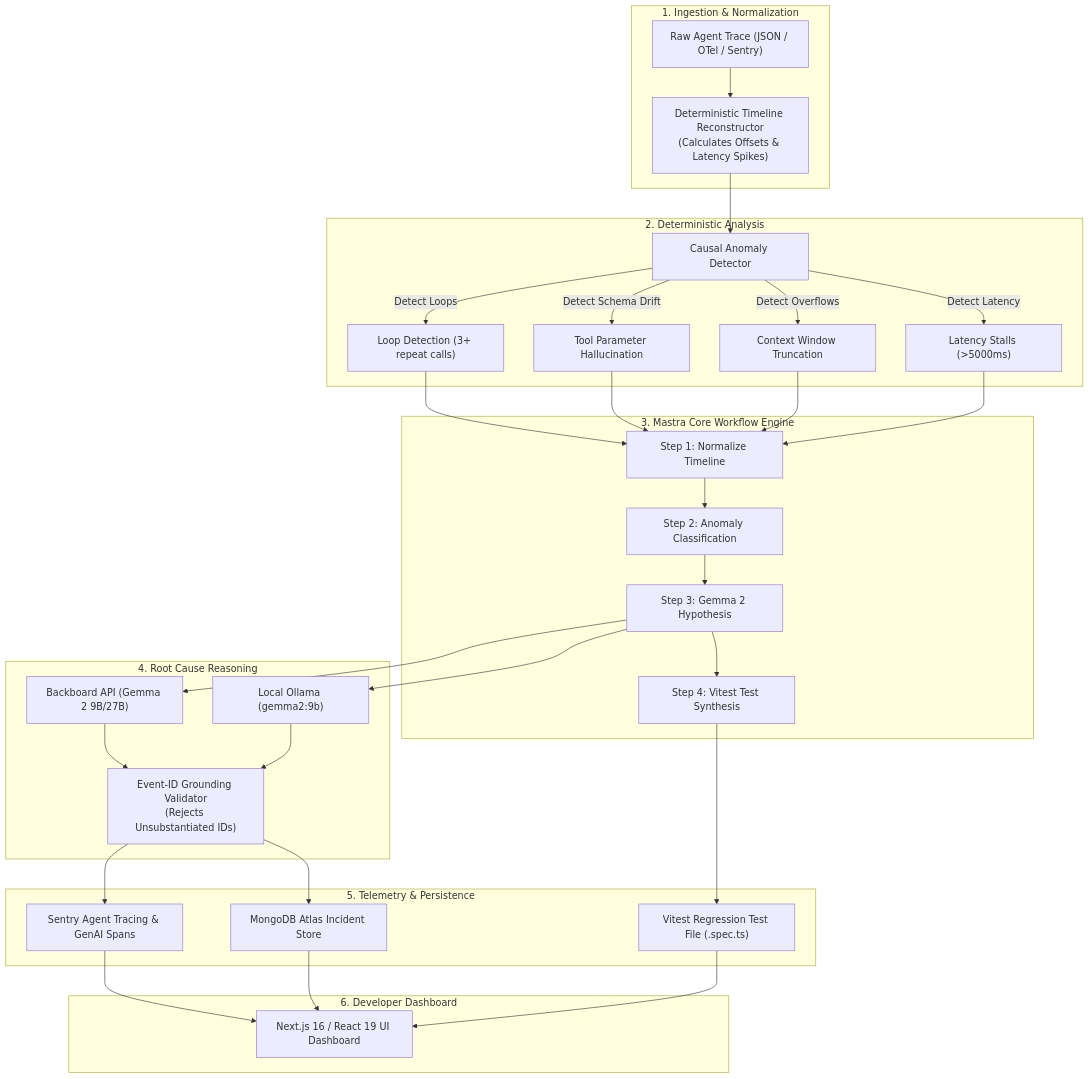
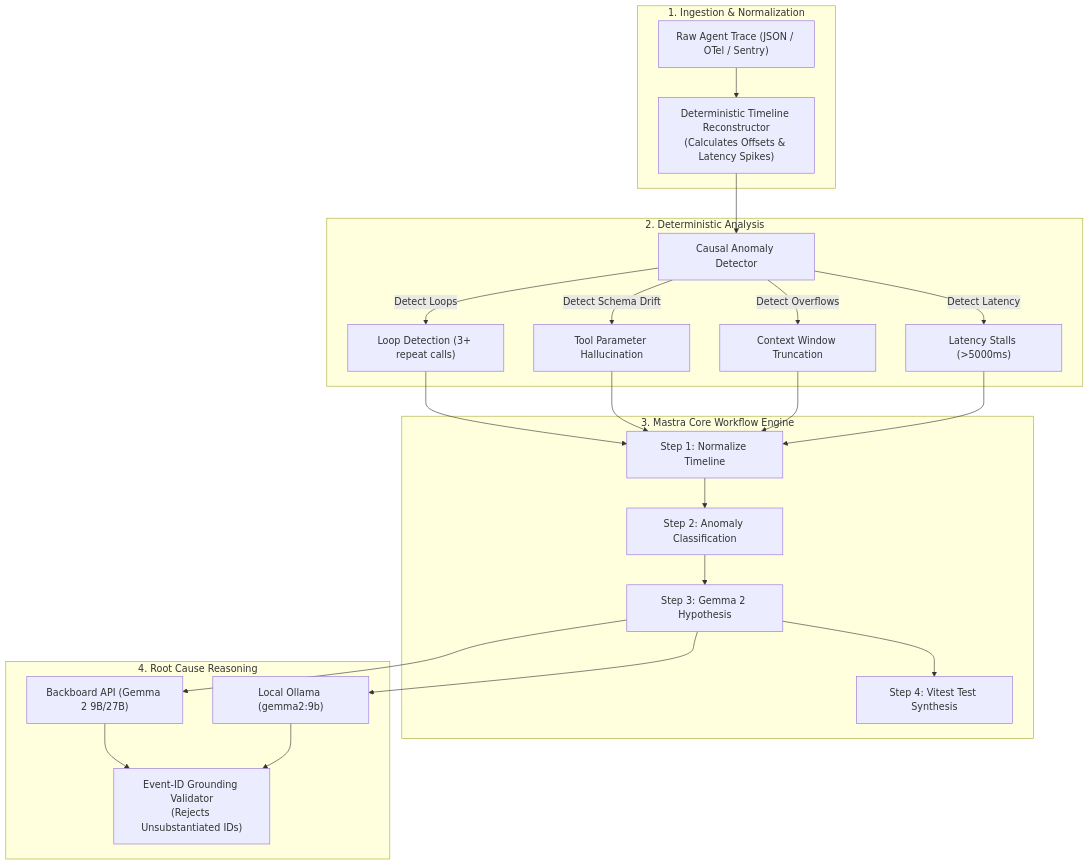
Before and after one commit to diusazzad/ghosttrace: the diagram in README.md, drawn with Mermaid. The commit also changed other lines of this file, not shown here.

Commit message:
docs(readme): update test metrics to 157 passing tests across 17 suites and full partner catalog

````diff
--- a/README.md
+++ b/README.md
@@ -53,39 +60,29 @@
 ```mermaid
 flowchart TD
     subgraph Ingestion ["1. Ingestion & Normalization"]
         RawTrace["Raw Agent Trace (JSON / OTel / Sentry)"]
         Reconstruct["Deterministic Timeline Reconstructor<br/>(Calculates Offsets & Latency Spikes)"]
         RawTrace --> Reconstruct
     end
 
     subgraph Detection ["2. Deterministic Analysis"]
         Reconstruct --> AnomalyEngine["Causal Anomaly Detector"]
         AnomalyEngine --> |Detect Loops| Loop["Loop Detection (3+ repeat calls)"]
         AnomalyEngine --> |Detect Schema Drift| Schema["Tool Parameter Hallucination"]
         AnomalyEngine --> |Detect Overflows| Overflow["Context Window Truncation"]
         AnomalyEngine --> |Detect Latency| Latency["Latency Stalls (>5000ms)"]
     end
 
     subgraph MastraWorkflow ["3. Mastra Core Workflow Engine"]
         Loop & Schema & Overflow & Latency --> Step1["Step 1: Normalize Timeline"]
         Step1 --> Step2["Step 2: Anomaly Classification"]
         Step2 --> Step3["Step 3: Gemma 2 Hypothesis"]
         Step3 --> Step4["Step 4: Vitest Test Synthesis"]
     end
 
     subgraph AIInference ["4. Root Cause Reasoning"]
         Step3 --> GemmaRemote["Backboard API (Gemma 2 9B/27B)"]
         Step3 --> GemmaLocal["Local Ollama (gemma2:9b)"]
         GemmaRemote & GemmaLocal --> Grounding["Event-ID Grounding Validator<br/>(Rejects Unsubstantiated IDs)"]
     end
-
-    subgraph PersistenceTelemetry ["5. Telemetry & Persistence"]
-        Grounding --> Sentry["Sentry Agent Tracing & GenAI Spans"]
-        Grounding --> Mongo["MongoDB Atlas Incident Store"]
-        Step4 --> VitestExporter["Vitest Regression Test File (.spec.ts)"]
-    end
-
-    subgraph UI ["6. Developer Dashboard"]
-        Sentry & Mongo & VitestExporter --> Dashboard["Next.js 16 / React 19 UI Dashboard"]
-    end
 ```
````
